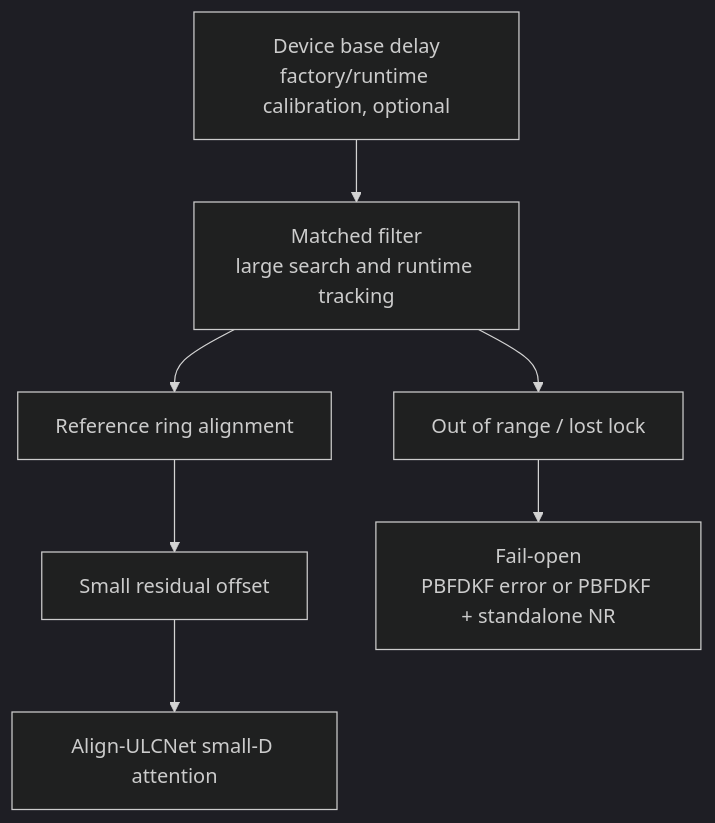
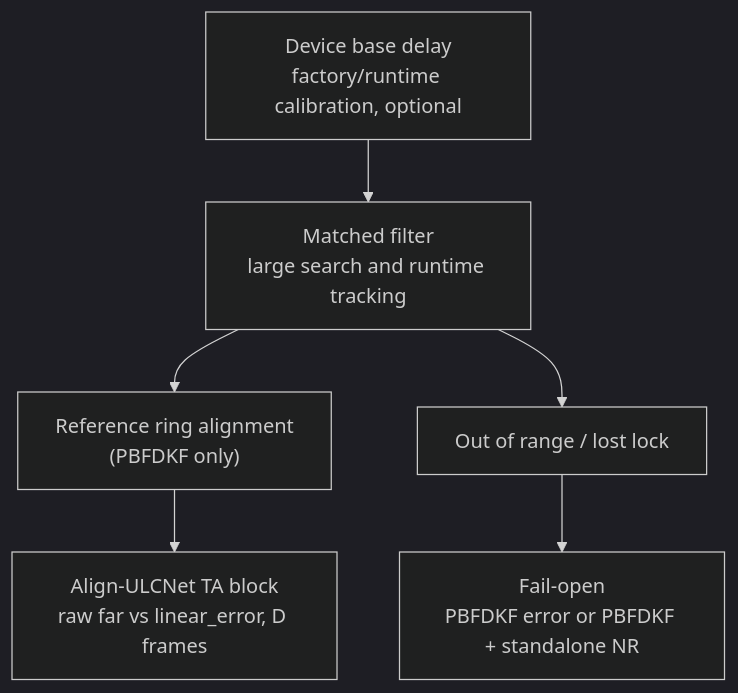
The second of 4 diagrams in docs/align_ulcnet_embedded_streaming_design_zh_TW.md (aaronhsueh0506/Audio_ALG), drawn with Mermaid (dark theme) before and after one commit. The commit also changed other lines of this file and 299 other files, not shown here.

````diff
--- a/docs/align_ulcnet_embedded_streaming_design_zh_TW.md
+++ b/docs/align_ulcnet_embedded_streaming_design_zh_TW.md
@@ -287,13 +246,13 @@
 ```mermaid
 flowchart TD
     DEV["Device base delay<br/>factory/runtime calibration, optional"]
     LARGE["Matched filter<br/>large search and runtime tracking"]
-    ALIGN["Reference ring alignment"]
-    SMALL["Small residual offset"]
-    MODEL["Align-ULCNet small-D attention"]
+    ALIGN["Reference ring alignment<br/>(PBFDKF only)"]
+    MODEL["Align-ULCNet TA block<br/>raw far vs linear_error, D frames"]
     BAD["Out of range / lost lock"]
     FALL["Fail-open<br/>PBFDKF error or PBFDKF + standalone NR"]
 
-    DEV --> LARGE --> ALIGN --> SMALL --> MODEL
+    DEV --> LARGE --> ALIGN
+    ALIGN --> MODEL
     LARGE --> BAD --> FALL
 ```
````
